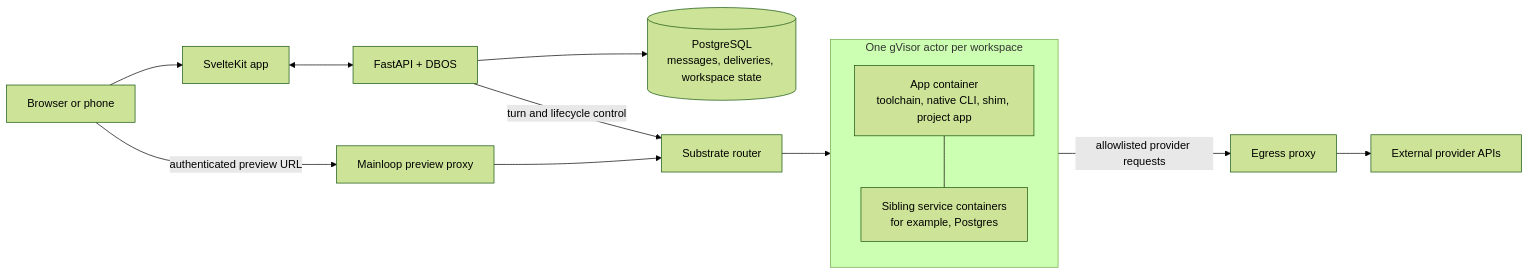
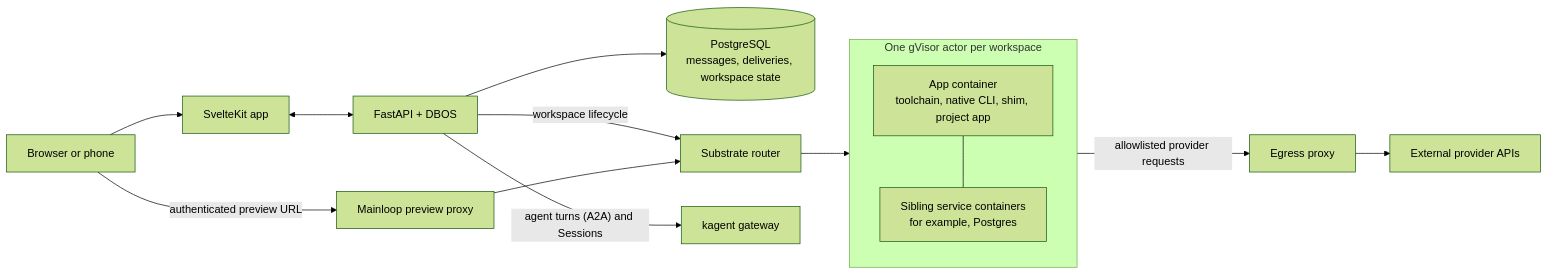
One commit to oldsj/mainloop changed the first of 5 diagrams in docs/architecture.md. Above: the diagram before and after it, drawn with Mermaid (forest theme). The commit also changed other lines of this file and 84 other files, not shown here.

````diff
--- a/docs/architecture.md
+++ b/docs/architecture.md
@@ -13,18 +13,19 @@
 ```mermaid
 flowchart LR
   person["Browser or phone"] --> app["SvelteKit app"]
   app <--> api["FastAPI + DBOS"]
   api --> data[("PostgreSQL<br/>messages, deliveries, workspace state")]
-  api -->|turn and lifecycle control| router["Substrate router"]
+  api -->|workspace lifecycle| router["Substrate router"]
+  api -->|"agent turns (A2A) and Sessions"| kagent["kagent gateway"]
   person -->|authenticated preview URL| preview["Mainloop preview proxy"]
   preview --> router
 
   subgraph workspace["One gVisor actor per workspace"]
     runtime["App container<br/>toolchain, native CLI, shim, project app"]
     services["Sibling service containers<br/>for example, Postgres"]
     runtime --- services
   end
   router --> workspace
   workspace -->|allowlisted provider requests| egress["Egress proxy"]
   egress --> providers["External provider APIs"]
 ```
````
